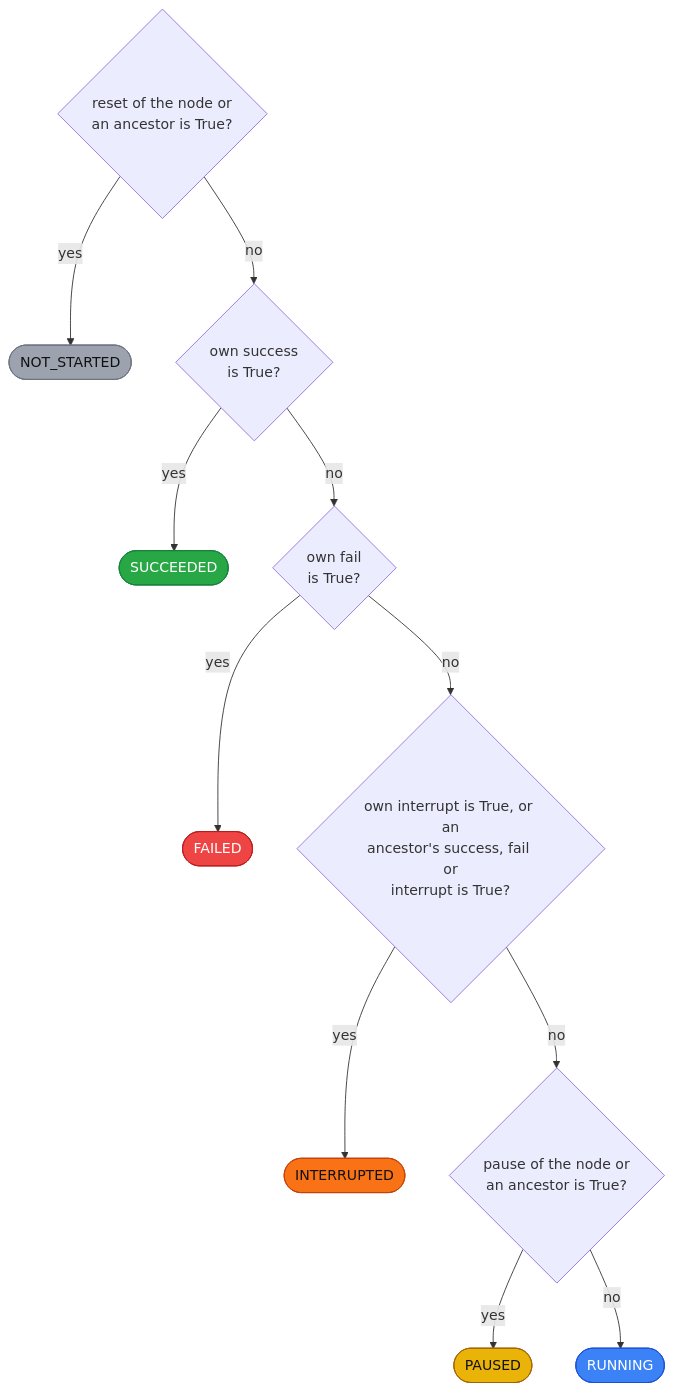
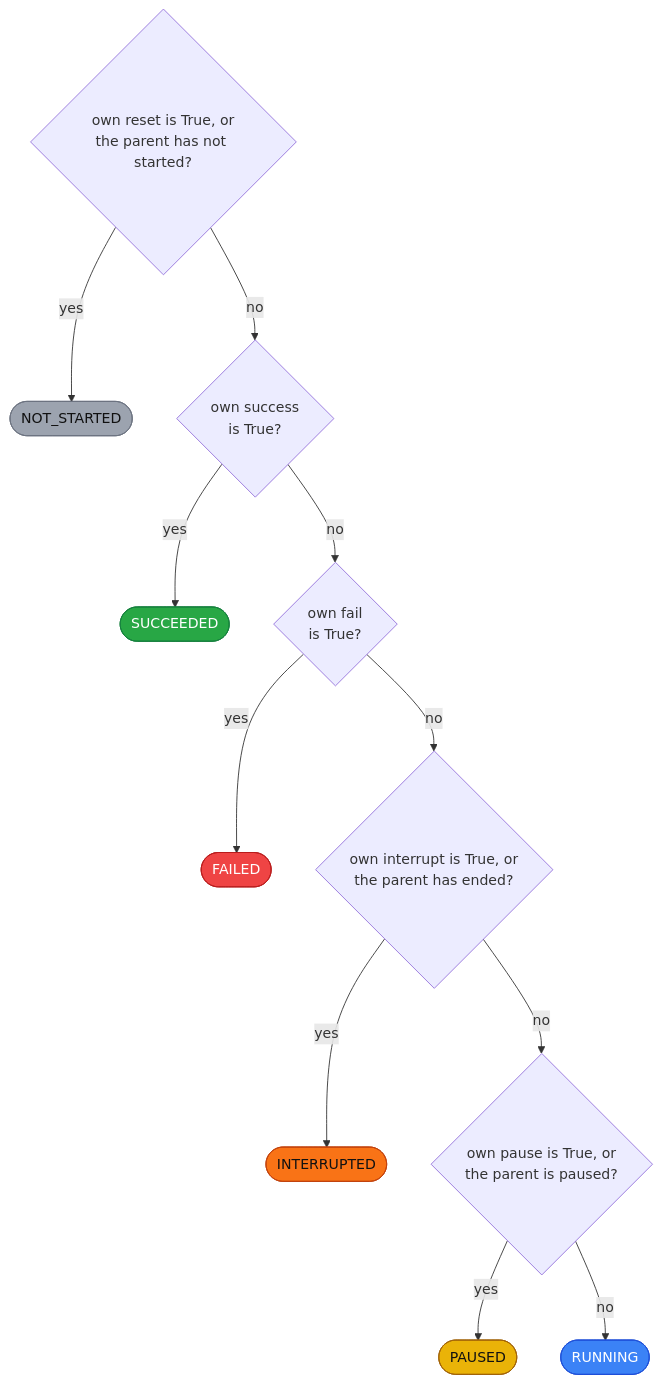
Before and after one commit to Tigul/cognitive_robot_abstract_machine: the second of 11 diagrams in giskardpy/doc/motion_statecharts.md, drawn with Mermaid. The commit also changed other lines of this file and 11 other files, not shown here.

````diff
--- a/giskardpy/doc/motion_statecharts.md
+++ b/giskardpy/doc/motion_statecharts.md
@@ -129,27 +133,27 @@
 ```{mermaid}
 flowchart TD
-    A{"reset of the node or<br/>an ancestor is True?"}
+    A{"own reset is True, or<br/>the parent has not started?"}
     A -- yes --> NS([NOT_STARTED])
     A -- no --> B{"own success<br/>is True?"}
     B -- yes --> S([SUCCEEDED])
     B -- no --> C{"own fail<br/>is True?"}
     C -- yes --> F([FAILED])
-    C -- no --> D{"own interrupt is True, or an<br/>ancestor's success, fail or<br/>interrupt is True?"}
+    C -- no --> D{"own interrupt is True, or<br/>the parent has ended?"}
     D -- yes --> I([INTERRUPTED])
-    D -- no --> E{"pause of the node or<br/>an ancestor is True?"}
+    D -- no --> E{"own pause is True, or<br/>the parent is paused?"}
     E -- yes --> P([PAUSED])
     E -- no --> R([RUNNING])
 
     classDef notStarted fill:#9CA3AF,stroke:#6B7280,color:#111111
     classDef running fill:#3B82F6,stroke:#1D4ED8,color:#FFFFFF
     classDef paused fill:#EAB308,stroke:#A16207,color:#111111
     classDef succeeded fill:#28A745,stroke:#15803D,color:#FFFFFF
     classDef failed fill:#EF4444,stroke:#B91C1C,color:#FFFFFF
     classDef interrupted fill:#F97316,stroke:#C2410C,color:#111111
     class NS notStarted
     class R running
     class P paused
     class S succeeded
     class F failed
     class I interrupted
 ```
````
